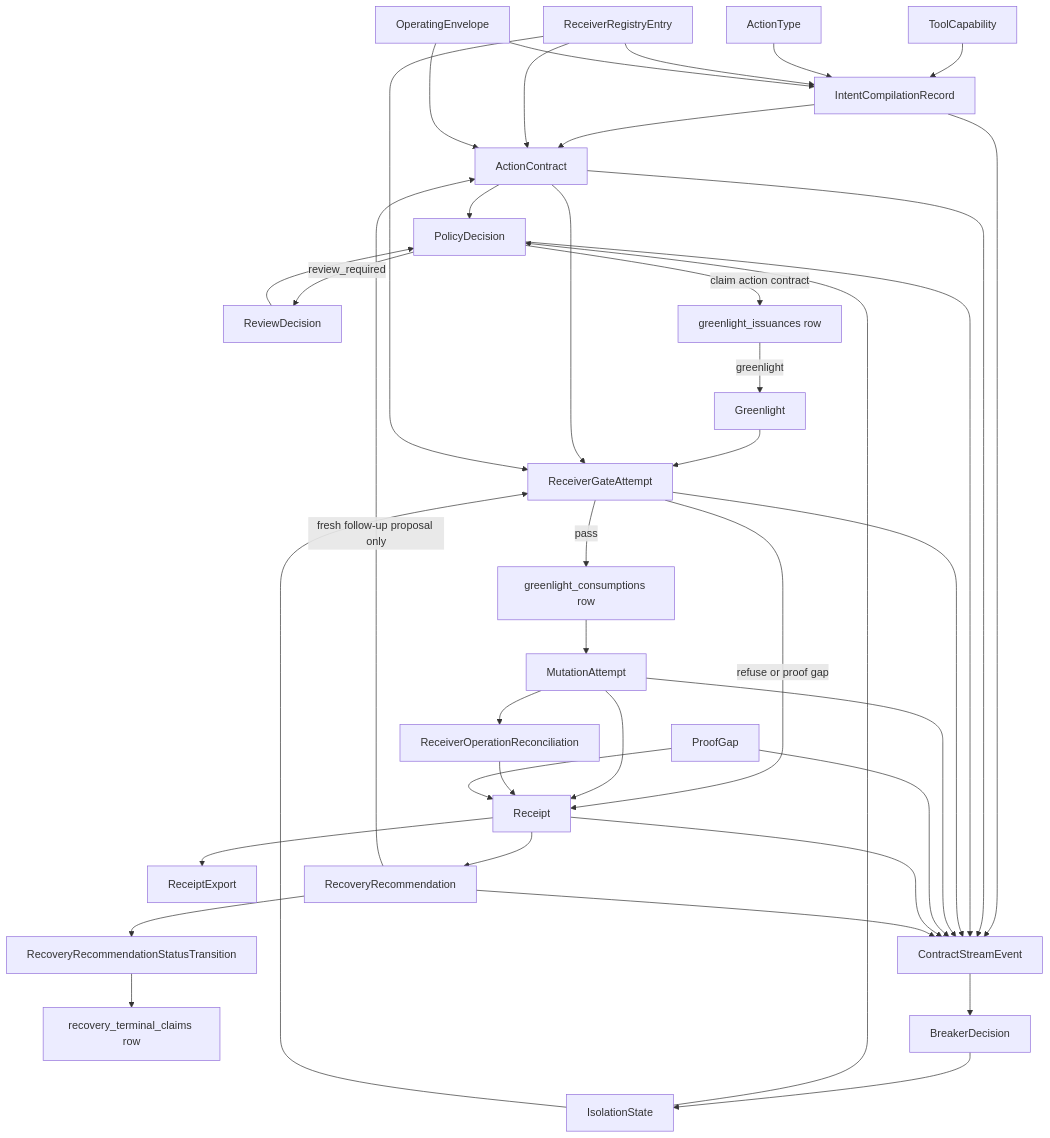
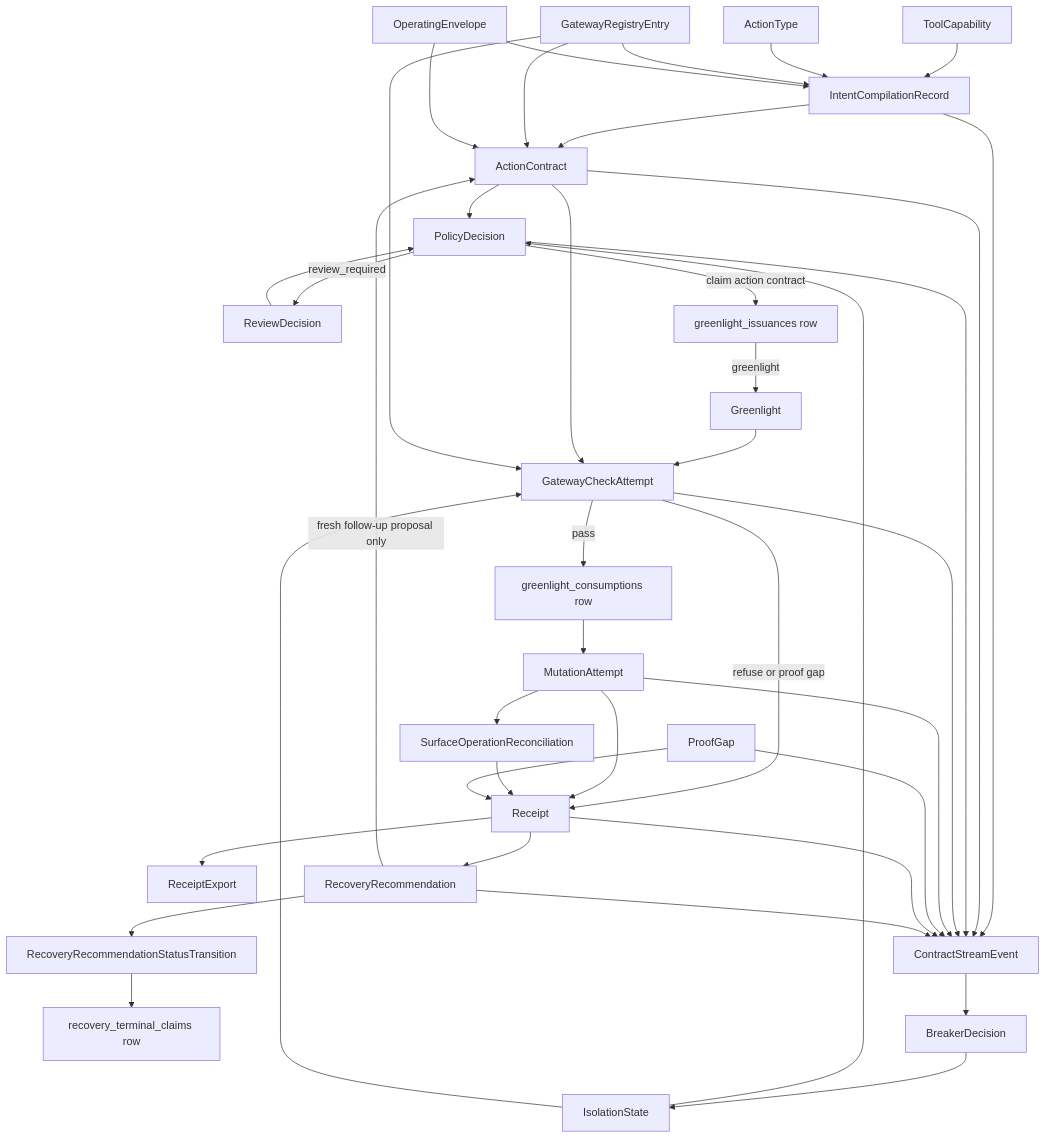
One commit to CreasyBear/handshake-protocol-source changed the third of 6 diagrams in docs/product-and-protocol-diagrams.md. Above: the diagram before and after it, drawn with Mermaid. The commit also changed other lines of this file and 72 other files, not shown here.

````diff
--- a/docs/product-and-protocol-diagrams.md
+++ b/docs/product-and-protocol-diagrams.md
@@ -102,60 +105,60 @@
 ```mermaid
 flowchart TD
   tool["ToolCapability"]
   actionType["ActionType"]
-  receiverEntry["ReceiverRegistryEntry"]
+  gatewayEntry["GatewayRegistryEntry"]
   envelope["OperatingEnvelope"]
   compilation["IntentCompilationRecord"]
   contract["ActionContract"]
   policy["PolicyDecision"]
   review["ReviewDecision"]
   issuance["greenlight_issuances row"]
   greenlight["Greenlight"]
-  gate["ReceiverGateAttempt"]
+  gate["GatewayCheckAttempt"]
   consumption["greenlight_consumptions row"]
   mutation["MutationAttempt"]
-  reconciliation["ReceiverOperationReconciliation"]
+  reconciliation["SurfaceOperationReconciliation"]
   proofGap["ProofGap"]
   receipt["Receipt"]
   export["ReceiptExport"]
   recovery["RecoveryRecommendation"]
   recoveryTransition["RecoveryRecommendationStatusTransition"]
   recoveryClaim["recovery_terminal_claims row"]
   breaker["BreakerDecision"]
   isolation["IsolationState"]
   event["ContractStreamEvent"]
 
   tool --> compilation
   actionType --> compilation
-  receiverEntry --> compilation
+  gatewayEntry --> compilation
   envelope --> compilation
   compilation --> contract
-  receiverEntry --> contract
+  gatewayEntry --> contract
   envelope --> contract
   contract --> policy
   isolation --> policy
   policy -->|"review_required"| review --> policy
   policy -->|"claim action contract"| issuance -->|"greenlight"| greenlight
   greenlight --> gate
   contract --> gate
-  receiverEntry --> gate
+  gatewayEntry --> gate
   isolation --> gate
   gate -->|"pass"| consumption --> mutation
   gate -->|"refuse or proof gap"| receipt
   mutation --> receipt
   mutation --> reconciliation --> receipt
   proofGap --> receipt
   receipt --> export
   receipt --> recovery
   recovery --> recoveryTransition --> recoveryClaim
   recovery -->|"fresh follow-up proposal only"| contract
   event --> breaker --> isolation
   compilation --> event
   contract --> event
   policy --> event
   gate --> event
   mutation --> event
   proofGap --> event
   receipt --> event
   recovery --> event
 ```
````
